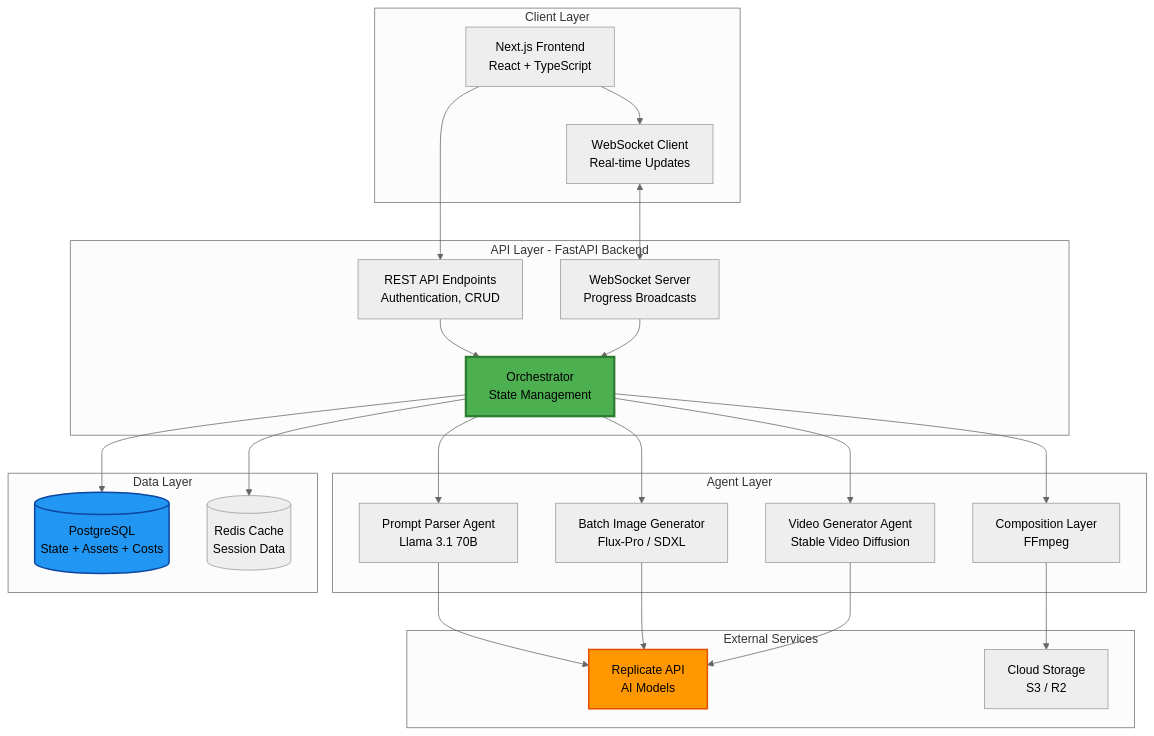
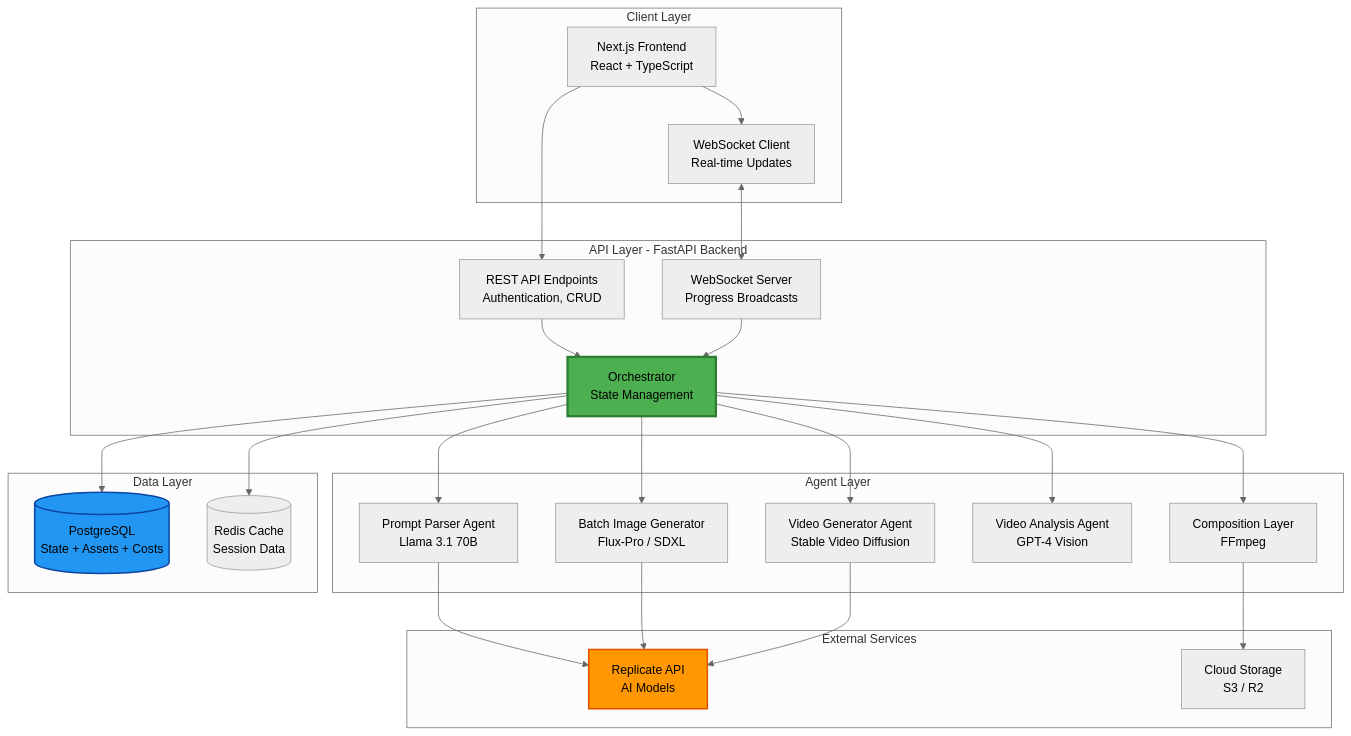
Before and after one commit to e-roy/ed-tech-pipeline: the first of 15 diagrams in Architecture/MVParchitecture.md, drawn with Mermaid (neutral theme). The commit also changed other lines of this file and 4 other files, not shown here.

Commit message:
update @MVP_PRD.md  and also the pipline.md and mvparchitecture.md,  to include a 5th agent that will view the clips second by second and generate a json file of each clip to keep context of what is being generate to ble able to keep track and edit the videos to keep them together

````diff
--- a/Architecture/MVParchitecture.md
+++ b/Architecture/MVParchitecture.md
@@ -28,53 +28,55 @@
 ```mermaid
 graph TB
     subgraph "Client Layer"
         UI[Next.js Frontend<br/>React + TypeScript]
         WS_CLIENT[WebSocket Client<br/>Real-time Updates]
     end
 
     subgraph "API Layer - FastAPI Backend"
         API[REST API Endpoints<br/>Authentication, CRUD]
         WS_SERVER[WebSocket Server<br/>Progress Broadcasts]
         ORCHESTRATOR[Orchestrator<br/>State Management]
     end
 
     subgraph "Agent Layer"
         PARSER[Prompt Parser Agent<br/>Llama 3.1 70B]
         IMG_GEN[Batch Image Generator<br/>Flux-Pro / SDXL]
         VIDEO_GEN[Video Generator Agent<br/>Stable Video Diffusion]
+        VIDEO_ANALYSIS[Video Analysis Agent<br/>GPT-4 Vision]
         COMPOSITOR[Composition Layer<br/>FFmpeg]
     end
 
     subgraph "External Services"
         REPLICATE[Replicate API<br/>AI Models]
         STORAGE[Cloud Storage<br/>S3 / R2]
     end
 
     subgraph "Data Layer"
         DB[(PostgreSQL<br/>State + Assets + Costs)]
         CACHE[(Redis Cache<br/>Session Data)]
     end
 
     UI --> API
     UI --> WS_CLIENT
     WS_CLIENT <--> WS_SERVER
     API --> ORCHESTRATOR
     WS_SERVER --> ORCHESTRATOR
 
     ORCHESTRATOR --> PARSER
     ORCHESTRATOR --> IMG_GEN
     ORCHESTRATOR --> VIDEO_GEN
+    ORCHESTRATOR --> VIDEO_ANALYSIS
     ORCHESTRATOR --> COMPOSITOR
 
     PARSER --> REPLICATE
     IMG_GEN --> REPLICATE
     VIDEO_GEN --> REPLICATE
     COMPOSITOR --> STORAGE
 
     ORCHESTRATOR --> DB
     ORCHESTRATOR --> CACHE
 
     style ORCHESTRATOR fill:#4CAF50,stroke:#2E7D32,stroke-width:3px
     style REPLICATE fill:#FF9800,stroke:#E65100,stroke-width:2px
     style DB fill:#2196F3,stroke:#0D47A1,stroke-width:2px
 ```
````
